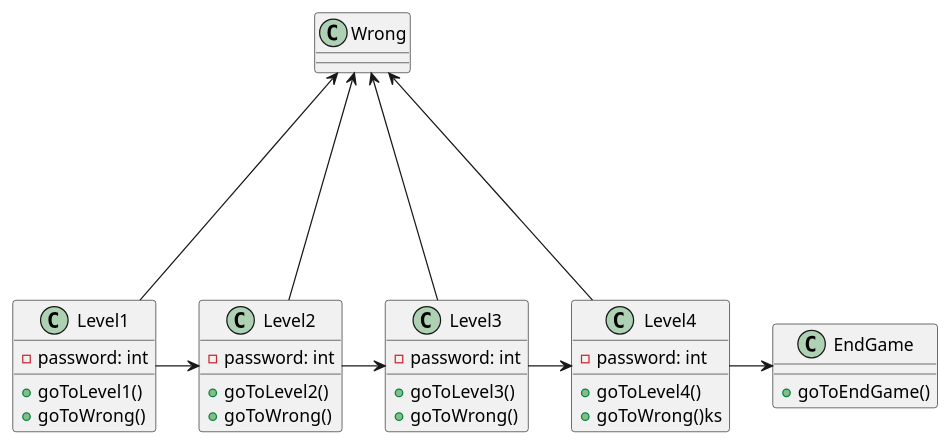
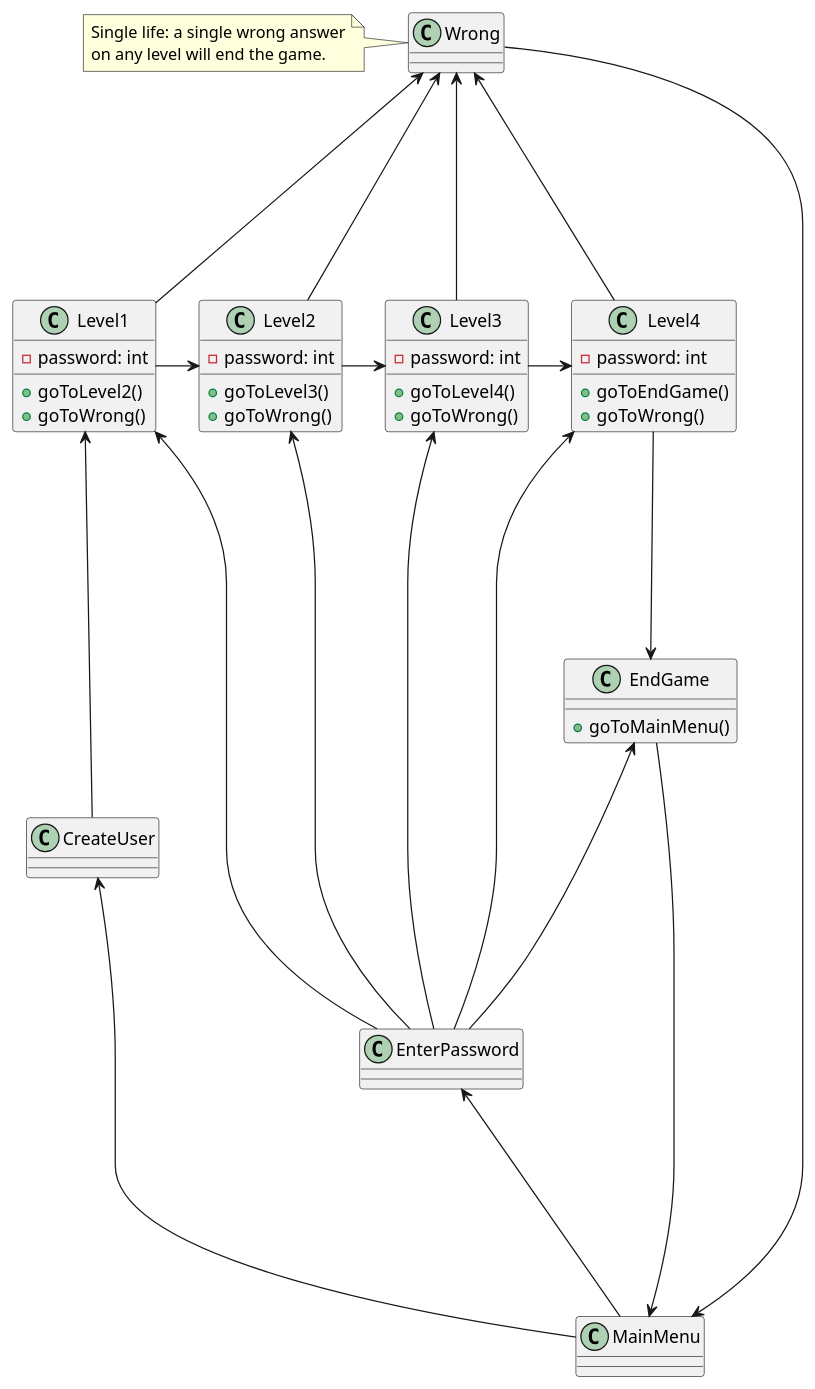
Before and after one commit to mpekim/Game_Dev_Club_Fall2016: the diagram in docs/MANUAL.md, drawn with PlantUML. The commit also changed other lines of this file, not shown here.

Commit message:
Furthering the markdown architecture chart of the game.

````diff
--- a/docs/MANUAL.md
+++ b/docs/MANUAL.md
@@ -41,43 +43,71 @@
 ```plantuml
 
 class Level1{
-    +goToLevel1()
+    +goToLevel2()
     +goToWrong()
     
     -password: int
 }
 
 class Level2{
-    +goToLevel2()
+    +goToLevel3()
     +goToWrong()
 
     -password: int
 }
 
 class Level3{
-    +goToLevel3()
+    +goToLevel4()
     +goToWrong()
 
     -password: int
 }
 
 class Level4{
-    +goToLevel4()
-    +goToWrong()ks
+    +goToEndGame()
+    +goToWrong()
 
     -password: int
 }
 
 class EndGame{
-    +goToEndGame()
+    +goToMainMenu()
+}
+
+class MainMenu{
+
+}
+
+class CreateUser{
+
+}
+
+class EnterPassword{
+
 }
 
 Level1 --right--> Level2
 Level1 --up--> Wrong
 Level2 --right--> Level3
 Level2 --up--> Wrong
 Level3 --right--> Level4
 Level3 --up--> Wrong
-Level4 --right--> EndGame
+Level4 --down--> EndGame
 Level4 --up--> Wrong
+
+EndGame --left--> MainMenu
+MainMenu --left--> CreateUser
+MainMenu --up-->EnterPassword
+CreateUser --up--> Level1
+Wrong --down-->MainMenu
+EnterPassword --up--> Level1
+EnterPassword --up--> Level2
+EnterPassword --up--> Level3
+EnterPassword --up--> Level4
+EnterPassword --up--> EndGame
+
+note left of Wrong
+Single life: a single wrong answer
+on any level will end the game.
+end note
 ```
````
